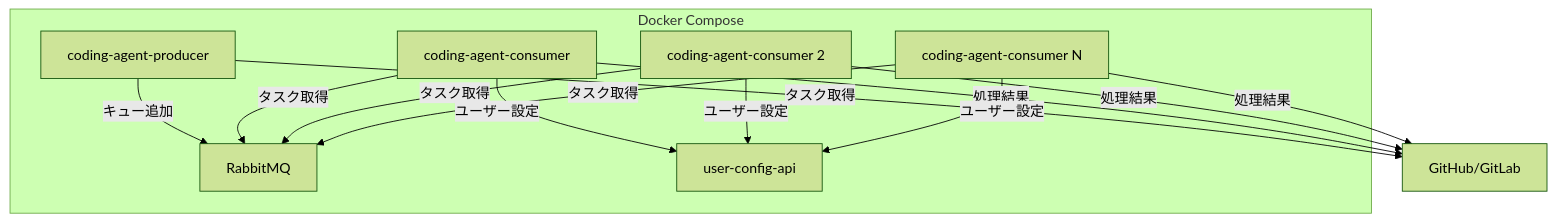
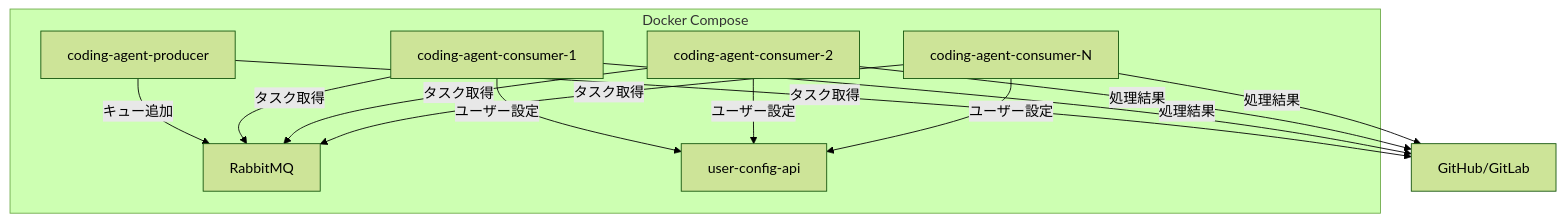
The first of 6 diagrams in docs/spec/CONTINUOUS_MODE_SPECIFICATION.md (notfolder/coding_agent), drawn with Mermaid (forest theme) before and after one commit. The commit also changed other lines of this file and 19 other files, not shown here.

````diff
--- a/docs/spec/CONTINUOUS_MODE_SPECIFICATION.md
+++ b/docs/spec/CONTINUOUS_MODE_SPECIFICATION.md
@@ -28,25 +29,25 @@
 ```mermaid
 flowchart TD
     subgraph Docker Compose
         Producer[coding-agent-producer]
-        Consumer1[coding-agent-consumer]
-        Consumer2[coding-agent-consumer 2]
-        ConsumerN[coding-agent-consumer N]
+        Consumer1[coding-agent-consumer-1]
+        Consumer2[coding-agent-consumer-2]
+        ConsumerN[coding-agent-consumer-N]
         RabbitMQ[RabbitMQ]
         UserConfigAPI[user-config-api]
     end
     
     GitHub[GitHub/GitLab]
     
     Producer -->|タスク取得| GitHub
     Producer -->|キュー追加| RabbitMQ
     Consumer1 -->|タスク取得| RabbitMQ
     Consumer2 -->|タスク取得| RabbitMQ
     ConsumerN -->|タスク取得| RabbitMQ
     Consumer1 -->|処理結果| GitHub
     Consumer2 -->|処理結果| GitHub
     ConsumerN -->|処理結果| GitHub
     Consumer1 -->|ユーザー設定| UserConfigAPI
     Consumer2 -->|ユーザー設定| UserConfigAPI
     ConsumerN -->|ユーザー設定| UserConfigAPI
 ```
````
